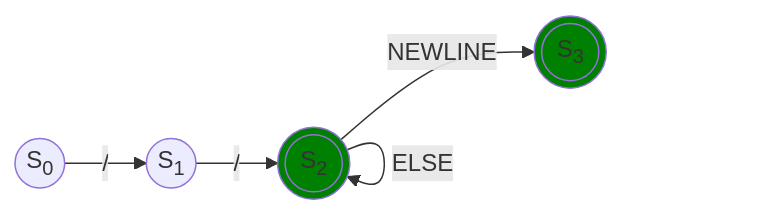
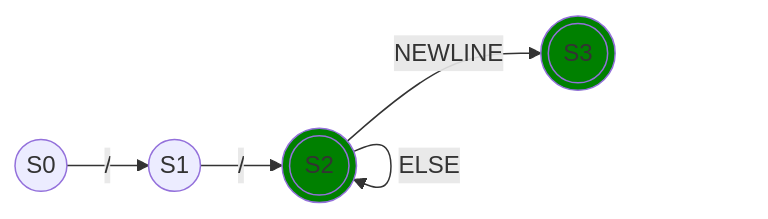
The first of 2 diagrams in grammar/lexical_analysis/comments.md (henryk-kramer/quartz-lang), drawn with Mermaid before and after one commit. The commit also changed other lines of this file and 1 other file, not shown here.

Commit message:
Removed subscript from Markdown since it does not work with GitHubs mermaid graphs

````diff
--- a/grammar/lexical_analysis/comments.md
+++ b/grammar/lexical_analysis/comments.md
@@ -13,14 +13,14 @@
 ```mermaid
 graph LR;
-    A((S<sub>0</sub>))
-    B((S<sub>1</sub>))
-    C(((S<sub>2</sub>)))
-    D(((S<sub>3</sub>)))
+    A((S0))
+    B((S1))
+    C(((S2)))
+    D(((S3)))
     style C fill: green
     style D fill: green
 
     A -- / --> B
     B -- / --> C
     C -- ELSE --> C
     C -- NEWLINE --> D
 ```
````
